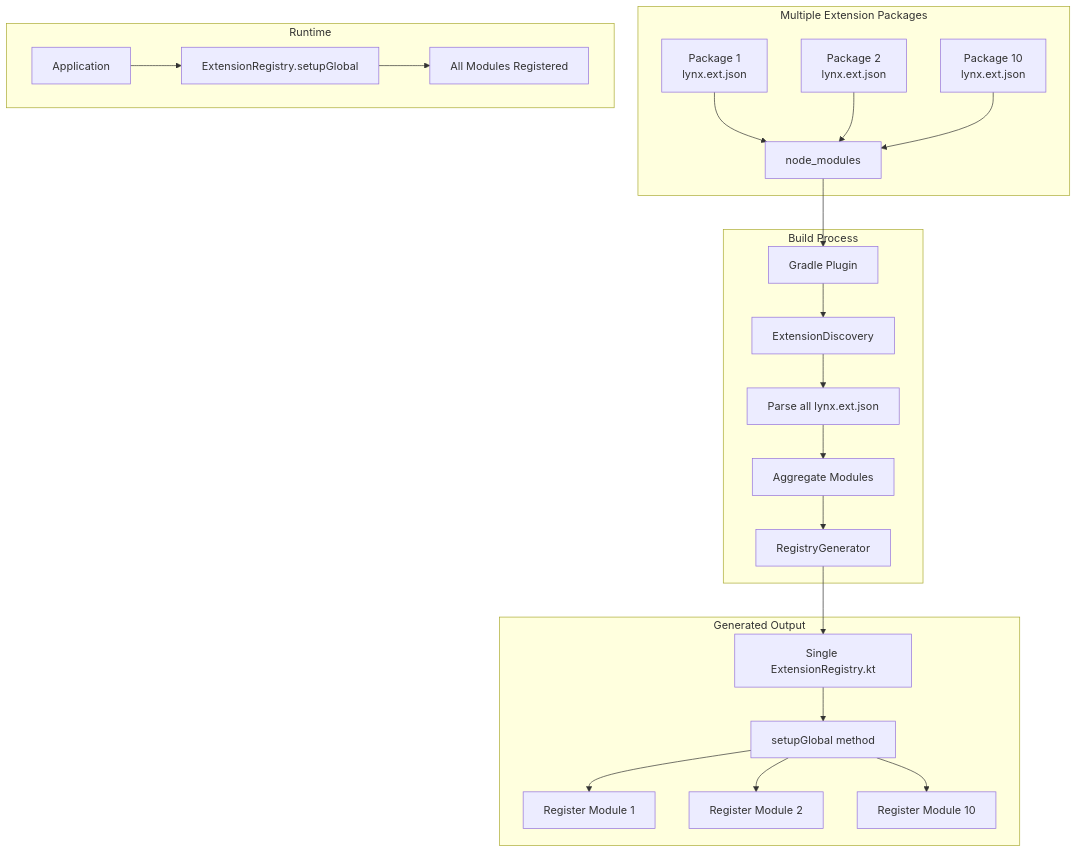
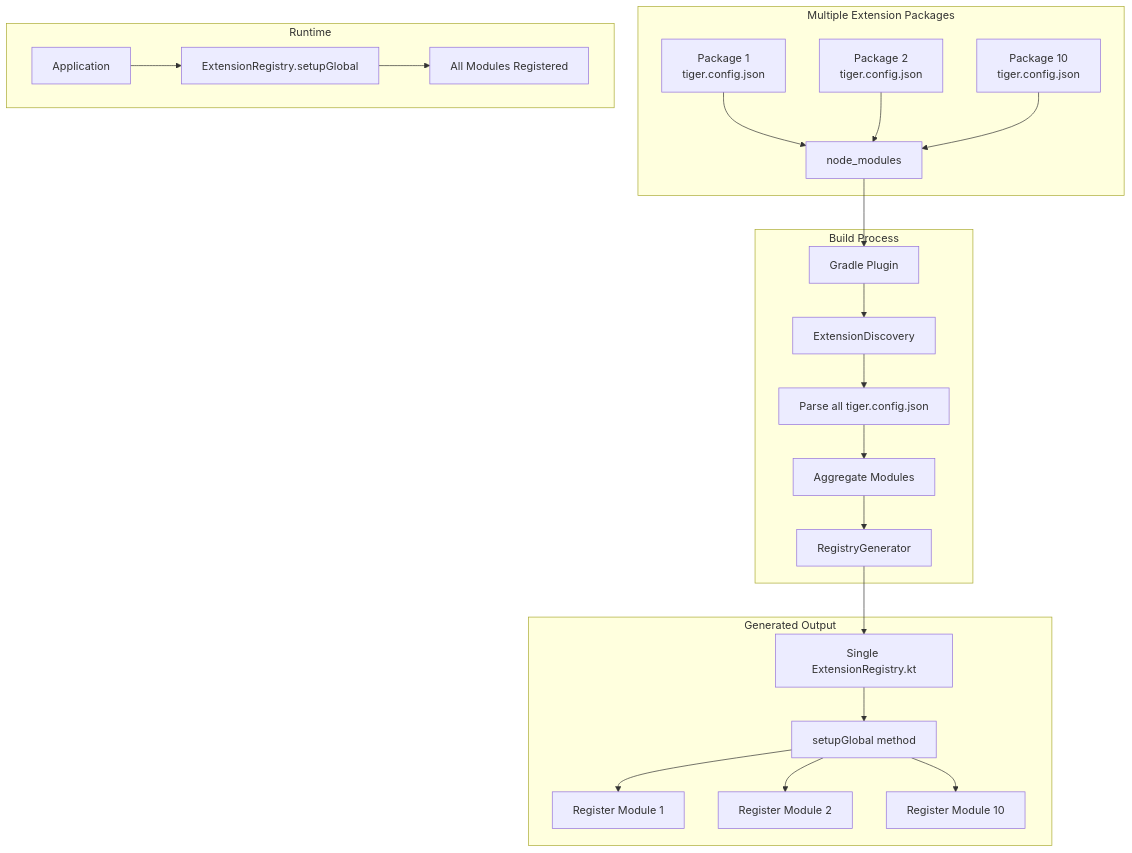
Before and after one commit to HimanshuKumarDutt094/tiger-modules: the first of 2 diagrams in .kiro/specs/autolink-element-support/design.md, drawn with Mermaid. The commit also changed other lines of this file and 51 other files, not shown here.

````diff
--- a/.kiro/specs/autolink-element-support/design.md
+++ b/.kiro/specs/autolink-element-support/design.md
@@ -13,29 +13,29 @@
 ```mermaid
 graph TB
     subgraph "Multiple Extension Packages"
-        A1[Package 1<br/>lynx.ext.json] --> B[node_modules]
-        A2[Package 2<br/>lynx.ext.json] --> B
-        A3[Package 10<br/>lynx.ext.json] --> B
+        A1[Package 1<br/>tiger.config.json] --> B[node_modules]
+        A2[Package 2<br/>tiger.config.json] --> B
+        A3[Package 10<br/>tiger.config.json] --> B
     end
 
     subgraph "Build Process"
         B --> C[Gradle Plugin]
         C --> D[ExtensionDiscovery]
-        D --> E[Parse all lynx.ext.json]
+        D --> E[Parse all tiger.config.json]
         E --> F[Aggregate Modules]
         F --> G[RegistryGenerator]
     end
 
     subgraph "Generated Output"
         G --> H[Single ExtensionRegistry.kt]
         H --> I[setupGlobal method]
         I --> J[Register Module 1]
         I --> K[Register Module 2]
         I --> L[Register Module 10]
     end
 
     subgraph "Runtime"
         M[Application] --> N[ExtensionRegistry.setupGlobal]
         N --> O[All Modules Registered]
     end
 ```
````
